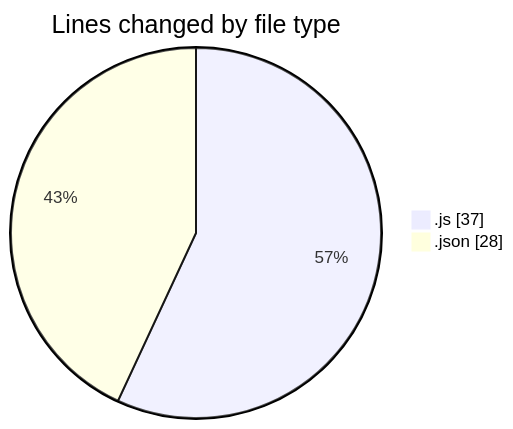
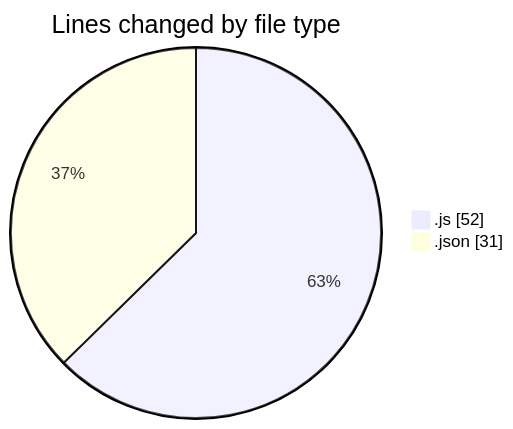
The first of 2 diagrams in 2025-07-02/mern-thinkboard/README.md (Ritupan-Deka/code-tracking), drawn with Mermaid before and after one commit. The commit also changed other lines of this file and 1 other file, not shown here.

````diff
--- a/2025-07-02/mern-thinkboard/README.md
+++ b/2025-07-02/mern-thinkboard/README.md
@@ -21,6 +21,6 @@
 ```mermaid
 pie showData
 title Lines changed by file type
-".js" : 37
-".json" : 28
+".js" : 52
+".json" : 31
 ```
````
